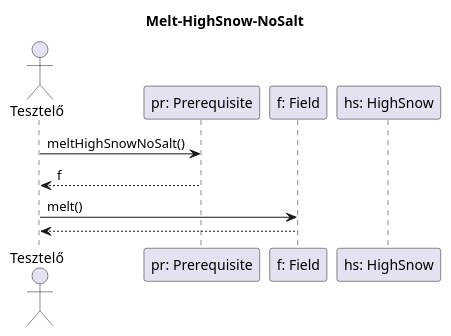
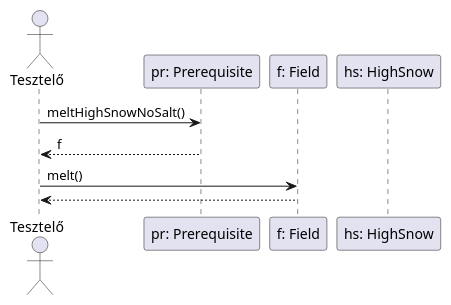
The diagram in docs/skeleton/layermelt/melthighsnownosalt.plantuml (uhrinandor/spring), drawn with PlantUML before and after one commit. The commit also changed 8 other files, not shown here.

```diff
--- a/docs/skeleton/layermelt/melthighsnownosalt.plantuml
+++ b/docs/skeleton/layermelt/melthighsnownosalt.plantuml
@@ -1,14 +1,12 @@
 @startuml
-title Melt-HighSnow-NoSalt
-
 actor "Tesztelő" as tester
 participant "pr: Prerequisite" as preq
 
 participant "f: Field" as field
 participant "hs: HighSnow" as layer
 tester -> preq: meltHighSnowNoSalt()
 preq --> tester: f
 tester -> field: melt()
 
 field --> tester:
 @enduml
```
